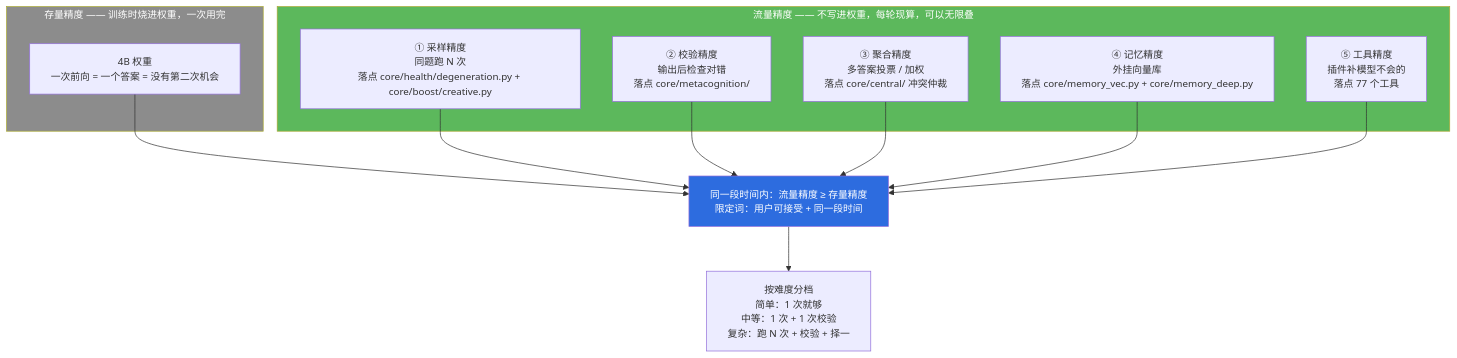
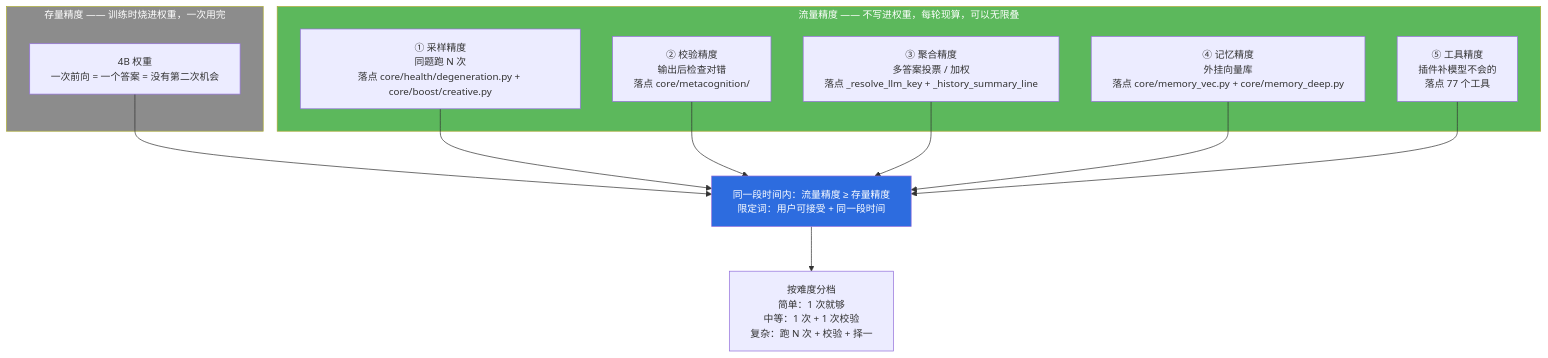
Diagram 12 of 19 in docs/architecture-diagrams.md (jiangchuangege/xiaojiao-harnees), drawn with Mermaid before and after one commit. The commit also changed other lines of this file and 26 other files, not shown here.

````diff
--- a/docs/architecture-diagrams.md
+++ b/docs/architecture-diagrams.md
@@ -436,24 +434,24 @@
 ```mermaid
 %%{init: {"themeVariables": {"fontSize": "14px"}, "flowchart": {"htmlLabels": true, "wrappingWidth": 340, "nodeSpacing": 46, "rankSpacing": 64, "useMaxWidth": true}}}%%
 flowchart TB
     subgraph S1["存量精度 —— 训练时烧进权重，一次用完"]
         W["4B 权重<br/>一次前向 = 一个答案 = 没有第二次机会"]
     end
     subgraph S2["流量精度 —— 不写进权重，每轮现算，可以无限叠"]
         P1["① 采样精度<br/>同题跑 N 次<br/>落点 core/health/degeneration.py + core/boost/creative.py"]
         P2["② 校验精度<br/>输出后检查对错<br/>落点 core/metacognition/"]
-        P3["③ 聚合精度<br/>多答案投票 / 加权<br/>落点 core/central/ 冲突仲裁"]
+        P3["③ 聚合精度<br/>多答案投票 / 加权<br/>落点 _resolve_llm_key + _history_summary_line"]
         P4["④ 记忆精度<br/>外挂向量库<br/>落点 core/memory_vec.py + core/memory_deep.py"]
         P5["⑤ 工具精度<br/>插件补模型不会的<br/>落点 77 个工具"]
     end
     W --> SUM["同一段时间内：流量精度 ≥ 存量精度<br/>限定词：用户可接受 + 同一段时间"]
     P1 --> SUM
     P2 --> SUM
     P3 --> SUM
     P4 --> SUM
     P5 --> SUM
     SUM --> LV["按难度分档<br/>简单：1 次就够<br/>中等：1 次 + 1 次校验<br/>复杂：跑 N 次 + 校验 + 择一"]
     style S1 fill:#8c8c8c,color:#fff
     style S2 fill:#5cb85c,color:#fff
     style SUM fill:#2d6cdf,color:#fff
 ```
````
